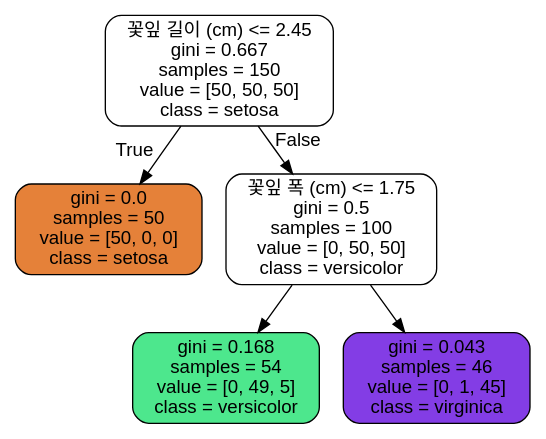
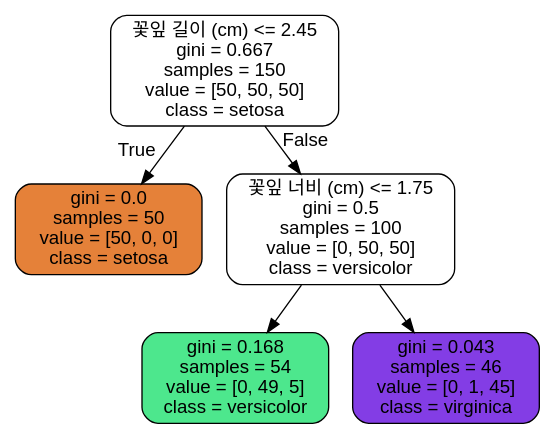
The diagram in images/decision_trees/iris_tree.dot (gocks8/deep_study), drawn with Graphviz before and after one commit. The commit also changed 4 other files, not shown here.

```diff
--- a/images/decision_trees/iris_tree.dot
+++ b/images/decision_trees/iris_tree.dot
@@ -1,13 +1,13 @@
 digraph Tree {
 node [shape=box, style="filled, rounded", color="black", fontname=helvetica] ;
 edge [fontname=helvetica] ;
 0 [label="꽃잎 길이 (cm) <= 2.45\ngini = 0.667\nsamples = 150\nvalue = [50, 50, 50]\nclass = setosa", fillcolor="#e5813900"] ;
 1 [label="gini = 0.0\nsamples = 50\nvalue = [50, 0, 0]\nclass = setosa", fillcolor="#e58139ff"] ;
 0 -> 1 [labeldistance=2.5, labelangle=45, headlabel="True"] ;
-2 [label="꽃잎 폭 (cm) <= 1.75\ngini = 0.5\nsamples = 100\nvalue = [0, 50, 50]\nclass = versicolor", fillcolor="#39e58100"] ;
+2 [label="꽃잎 너비 (cm) <= 1.75\ngini = 0.5\nsamples = 100\nvalue = [0, 50, 50]\nclass = versicolor", fillcolor="#39e58100"] ;
 0 -> 2 [labeldistance=2.5, labelangle=-45, headlabel="False"] ;
 3 [label="gini = 0.168\nsamples = 54\nvalue = [0, 49, 5]\nclass = versicolor", fillcolor="#39e581e5"] ;
 2 -> 3 ;
 4 [label="gini = 0.043\nsamples = 46\nvalue = [0, 1, 45]\nclass = virginica", fillcolor="#8139e5f9"] ;
 2 -> 4 ;
 }
```
